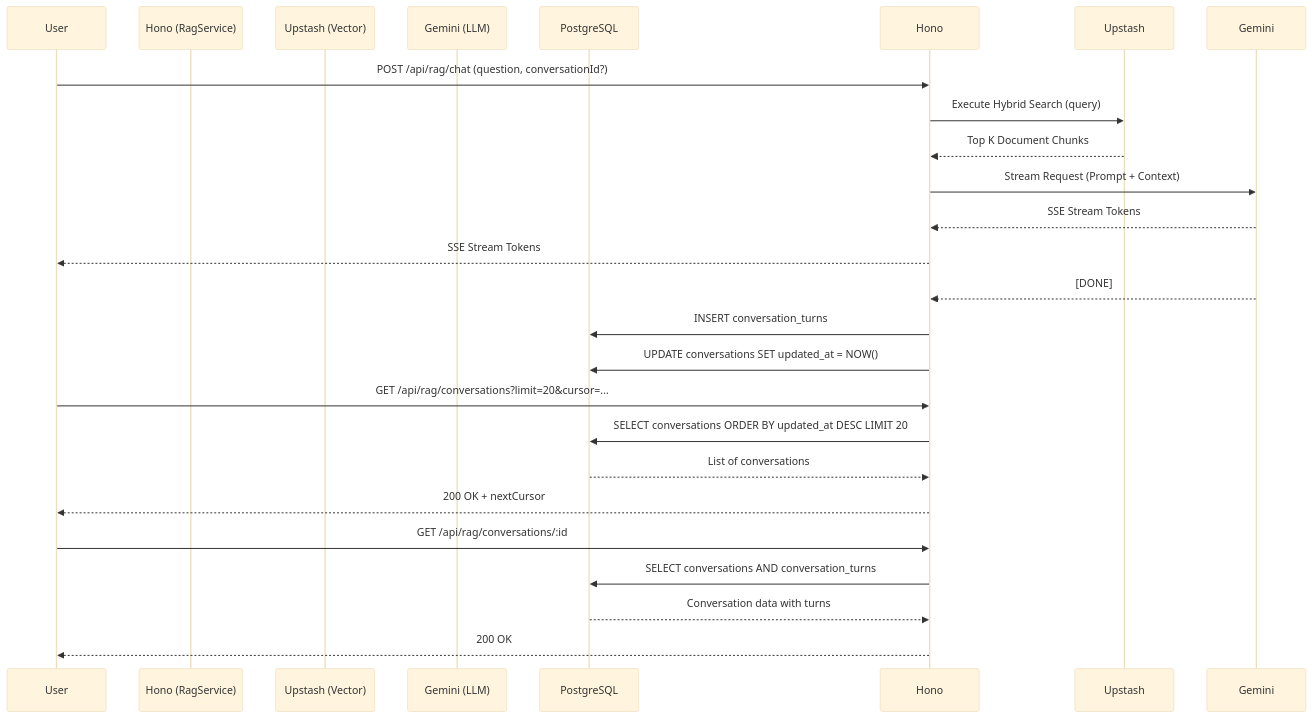
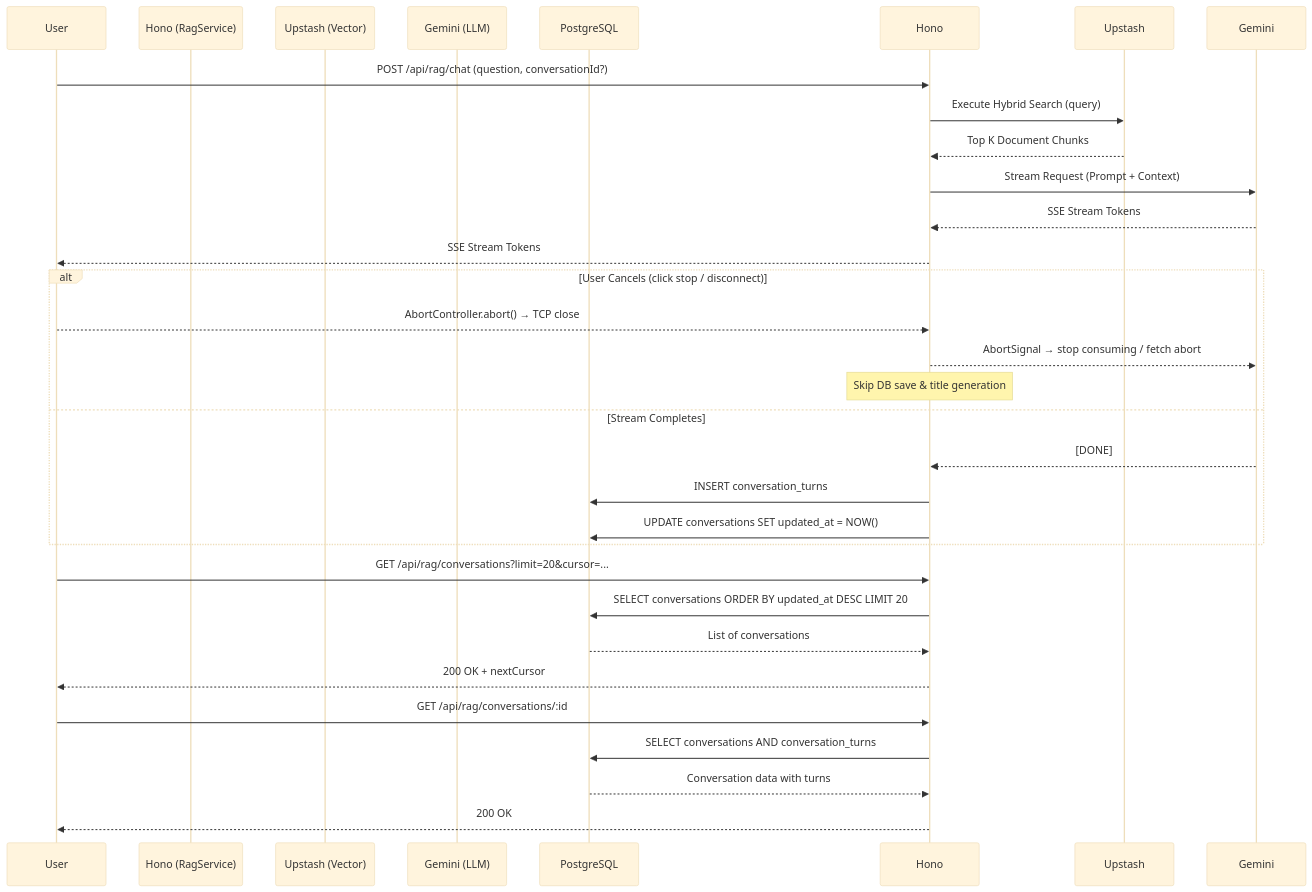
One commit to kanzhamada/Dokyudo changed the diagram in docs/backend/rag-streaming-and-history.md. Above: the diagram before and after it, drawn with Mermaid (base theme). The commit also changed other lines of this file and 10 other files, not shown here.

First line of the commit message:
Add AbortSignal support for RAG stream cancellation

````diff
--- a/docs/backend/rag-streaming-and-history.md
+++ b/docs/backend/rag-streaming-and-history.md
@@ -7,28 +7,35 @@
 ```mermaid
 sequenceDiagram
     participant User
     participant Hono (RagService)
     participant Upstash (Vector)
     participant Gemini (LLM)
     participant PostgreSQL
 
     User->>Hono: POST /api/rag/chat (question, conversationId?)
     Hono->>Upstash: Execute Hybrid Search (query)
     Upstash-->>Hono: Top K Document Chunks
     Hono->>Gemini: Stream Request (Prompt + Context)
     Gemini-->>Hono: SSE Stream Tokens
     Hono-->>User: SSE Stream Tokens
-    Gemini-->>Hono: [DONE]
-    Hono->>PostgreSQL: INSERT conversation_turns
-    Hono->>PostgreSQL: UPDATE conversations SET updated_at = NOW()
+
+    alt User Cancels (click stop / disconnect)
+        User-->>Hono: AbortController.abort() → TCP close
+        Hono-->>Gemini: AbortSignal → stop consuming / fetch abort
+        Note over Hono: Skip DB save & title generation
+    else Stream Completes
+        Gemini-->>Hono: [DONE]
+        Hono->>PostgreSQL: INSERT conversation_turns
+        Hono->>PostgreSQL: UPDATE conversations SET updated_at = NOW()
+    end
     
     User->>Hono: GET /api/rag/conversations?limit=20&cursor=...
     Hono->>PostgreSQL: SELECT conversations ORDER BY updated_at DESC LIMIT 20
     PostgreSQL-->>Hono: List of conversations
     Hono-->>User: 200 OK + nextCursor
 
     User->>Hono: GET /api/rag/conversations/:id
     Hono->>PostgreSQL: SELECT conversations AND conversation_turns
     PostgreSQL-->>Hono: Conversation data with turns
     Hono-->>User: 200 OK
 ```
````
